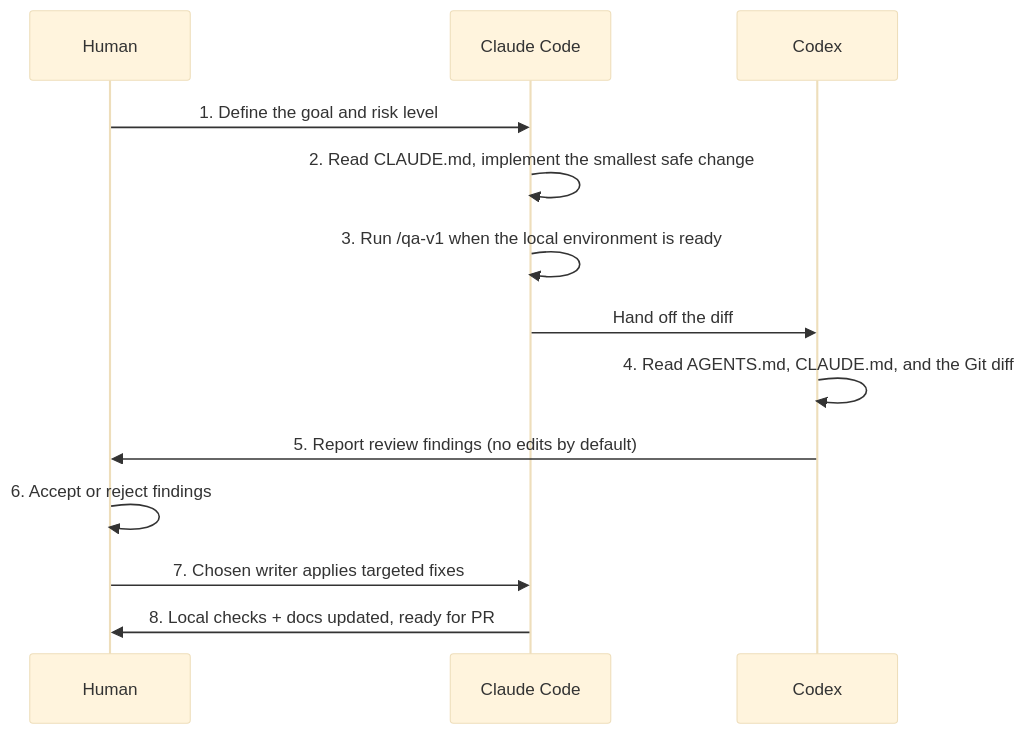
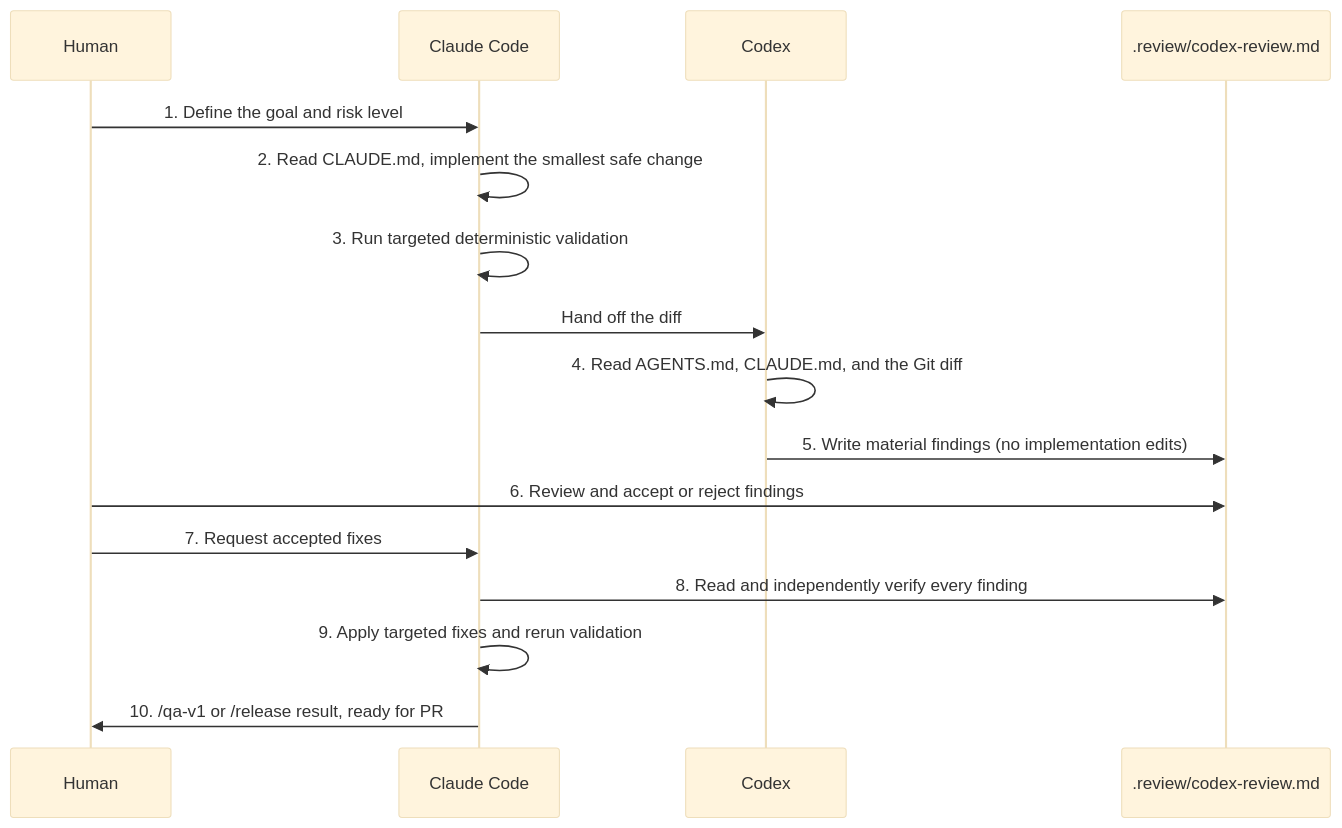
The diagram in docs/guides/ai-engineering-workflow.md (HerbertGourout/modular-rag-framework), drawn with Mermaid before and after one commit. The commit also changed other lines of this file and 4 other files, not shown here.

Commit message:
docs: add Claude Codex review handoff

````diff
--- a/docs/guides/ai-engineering-workflow.md
+++ b/docs/guides/ai-engineering-workflow.md
@@ -20,17 +20,20 @@
 ```mermaid
 %%{init: {"theme": "base"}}%%
 sequenceDiagram
     participant H as Human
     participant CC as Claude Code
     participant CX as Codex
+    participant R as .review/codex-review.md
 
     H->>CC: 1. Define the goal and risk level
     CC->>CC: 2. Read CLAUDE.md, implement the smallest safe change
-    CC->>CC: 3. Run /qa-v1 when the local environment is ready
+    CC->>CC: 3. Run targeted deterministic validation
     CC->>CX: Hand off the diff
     CX->>CX: 4. Read AGENTS.md, CLAUDE.md, and the Git diff
-    CX->>H: 5. Report review findings (no edits by default)
-    H->>H: 6. Accept or reject findings
-    H->>CC: 7. Chosen writer applies targeted fixes
-    CC->>H: 8. Local checks + docs updated, ready for PR
+    CX->>R: 5. Write material findings (no implementation edits)
+    H->>R: 6. Review and accept or reject findings
+    H->>CC: 7. Request accepted fixes
+    CC->>R: 8. Read and independently verify every finding
+    CC->>CC: 9. Apply targeted fixes and rerun validation
+    CC->>H: 10. /qa-v1 or /release result, ready for PR
 ```
````
